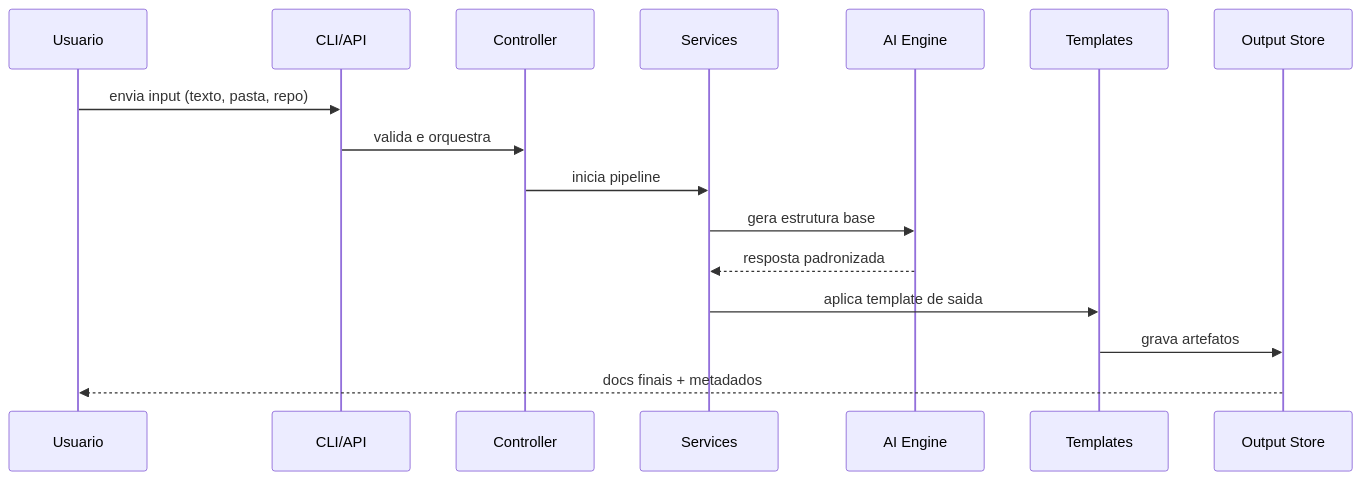
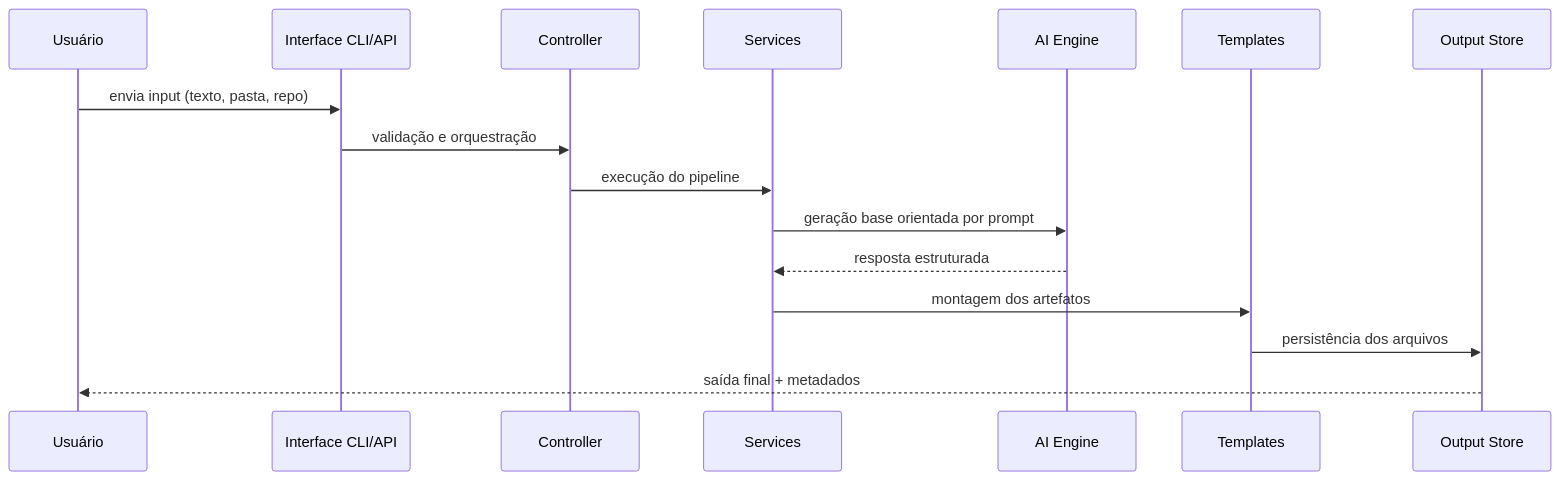
One commit to FilipiWanderley/RepoLaunch-AI changed the second of 3 diagrams in README.md. Above: the diagram before and after it, drawn with Mermaid. The commit also changed other lines of this file, not shown here.

````diff
--- a/README.md
+++ b/README.md
@@ -96,19 +118,19 @@
 ```mermaid
 sequenceDiagram
-    participant U as Usuario
-    participant CLI as CLI/API
-    participant CTR as Controller
-    participant SRV as Services
-    participant AI as AI Engine
-    participant TPL as Templates
-    participant OUT as Output Store
+    participant U as Usuário
+    participant I as Interface CLI/API
+    participant C as Controller
+    participant S as Services
+    participant A as AI Engine
+    participant T as Templates
+    participant O as Output Store
 
-    U->>CLI: envia input (texto, pasta, repo)
-    CLI->>CTR: valida e orquestra
-    CTR->>SRV: inicia pipeline
-    SRV->>AI: gera estrutura base
-    AI-->>SRV: resposta padronizada
-    SRV->>TPL: aplica template de saida
-    TPL->>OUT: grava artefatos
-    OUT-->>U: docs finais + metadados
+    U->>I: envia input (texto, pasta, repo)
+    I->>C: validação e orquestração
+    C->>S: execução do pipeline
+    S->>A: geração base orientada por prompt
+    A-->>S: resposta estruturada
+    S->>T: montagem dos artefatos
+    T->>O: persistência dos arquivos
+    O-->>U: saída final + metadados
 ```
````
